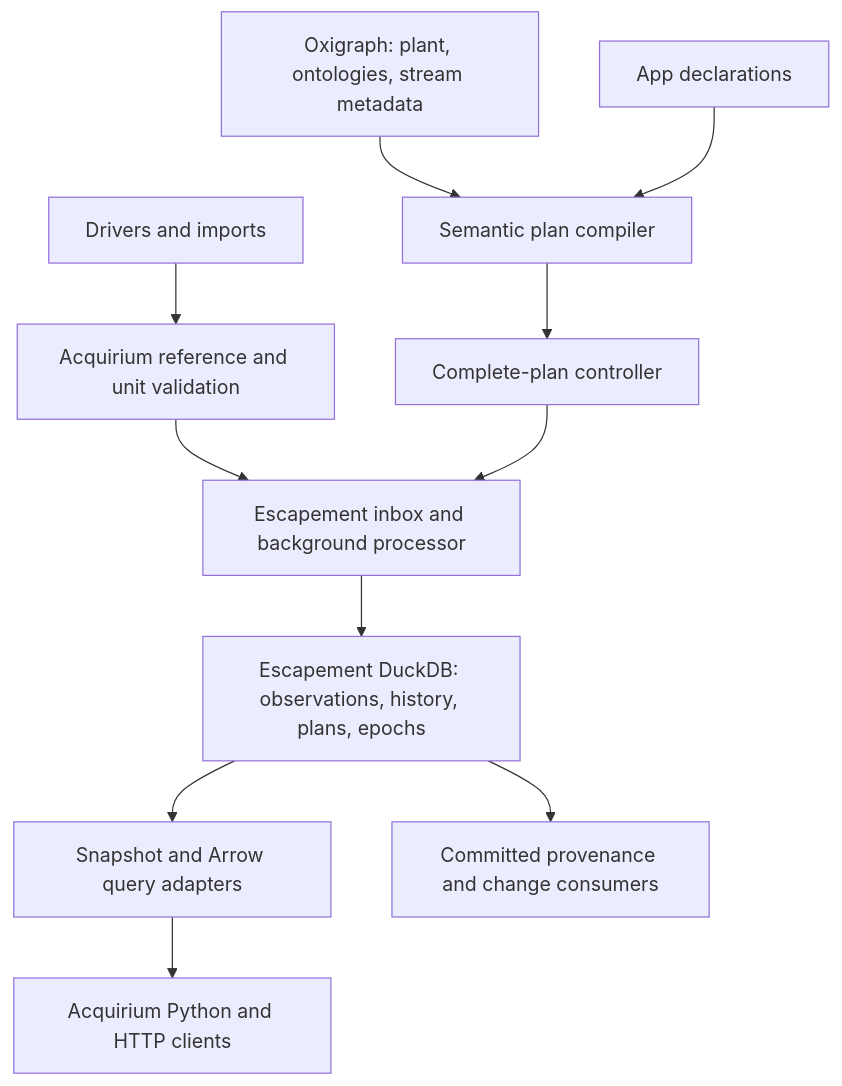
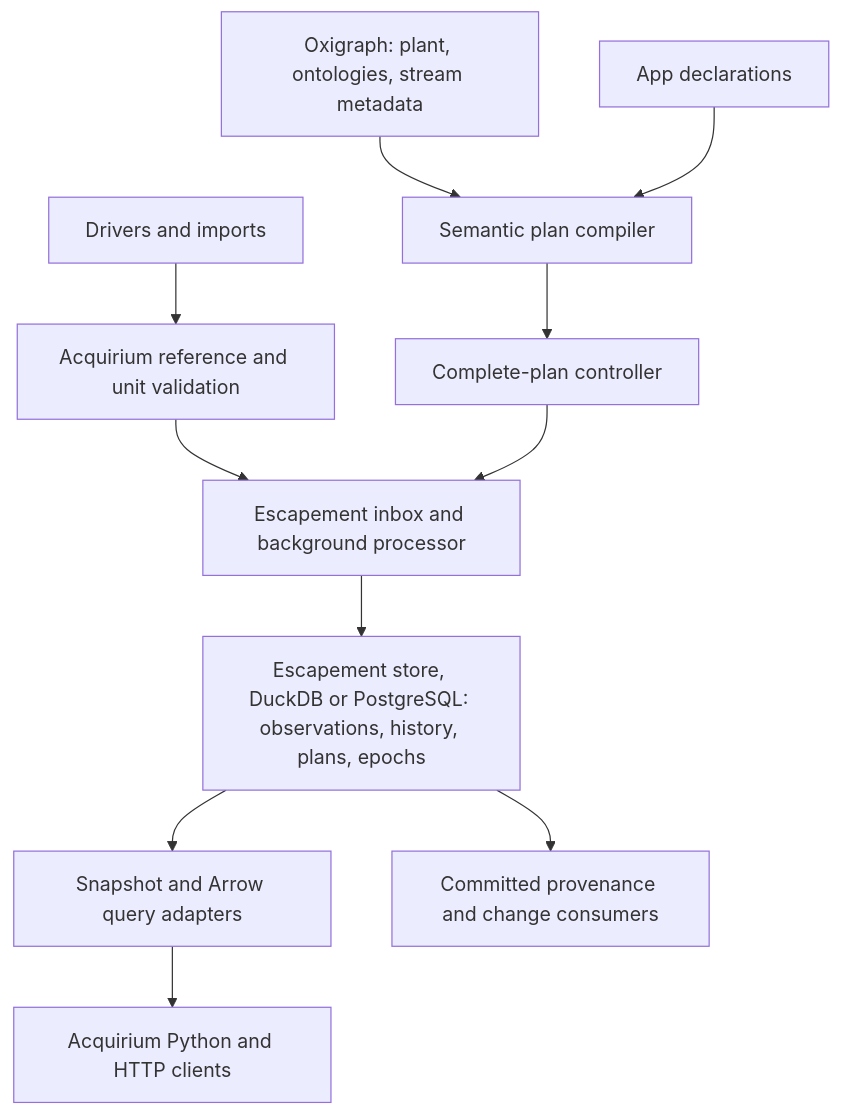
Before and after one commit to DataDrivenCPS/acquirium: the diagram in docs/plans/escapement-core.md, drawn with Mermaid. The commit also changed other lines of this file, not shown here.

Commit message:
Bring the Escapement progress log up to date

````diff
--- a/docs/plans/escapement-core.md
+++ b/docs/plans/escapement-core.md
@@ -178,13 +220,13 @@
 ```mermaid
 flowchart TD
     D[Drivers and imports] --> A[Acquirium reference and unit validation]
     A --> E[Escapement inbox and background processor]
     G[Oxigraph: plant, ontologies, stream metadata] --> C[Semantic plan compiler]
     R[App declarations] --> C
     C --> P[Complete-plan controller]
     P --> E
-    E --> S[Escapement DuckDB: observations, history, plans, epochs]
+    E --> S[Escapement store, DuckDB or PostgreSQL: observations, history, plans, epochs]
     S --> Q[Snapshot and Arrow query adapters]
     Q --> U[Acquirium Python and HTTP clients]
     S --> X[Committed provenance and change consumers]
 ```
````
